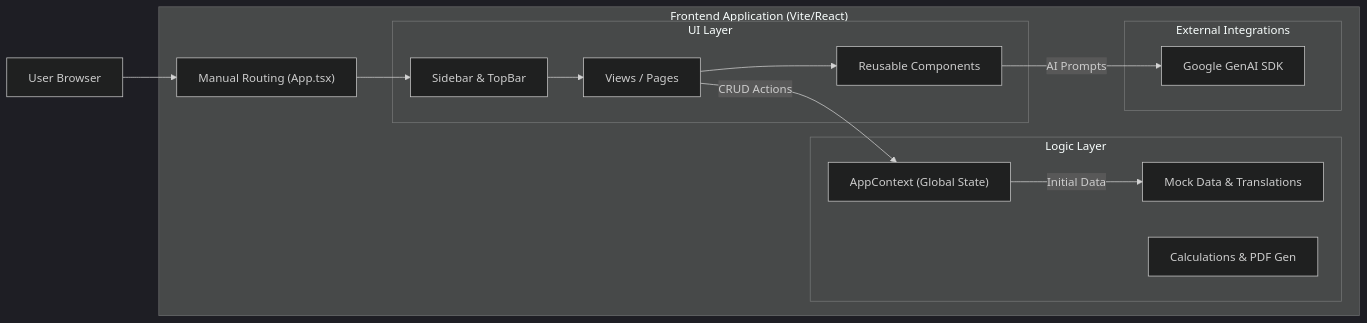
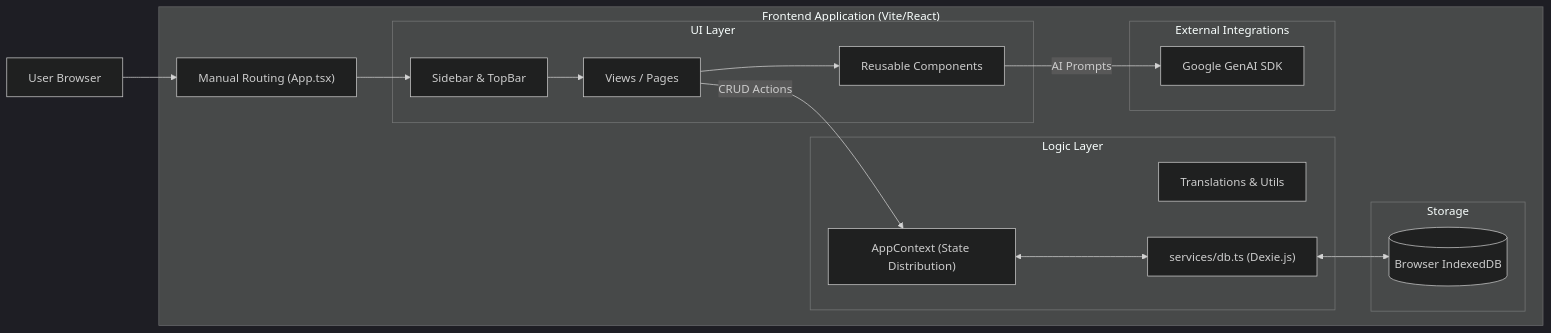
One commit to sallemiahmed/SmartBiz changed the first of 2 diagrams in AI_MEMORY.md. Above: the diagram before and after it, drawn with Mermaid (dark theme). The commit also changed other lines of this file and 3 other files, not shown here.

````diff
--- a/AI_MEMORY.md
+++ b/AI_MEMORY.md
@@ -31,32 +32,37 @@
 ```mermaid
 flowchart LR
     User["User Browser"]
     
     subgraph "Frontend Application (Vite/React)"
         Routing["Manual Routing (App.tsx)"]
         
         subgraph "UI Layer"
             Layout["Sidebar & TopBar"]
             Views["Views / Pages"]
             Components["Reusable Components"]
         end
         
         subgraph "Logic Layer"
-            Context["AppContext (Global State)"]
-            Services["Mock Data & Translations"]
-            Utils["Calculations & PDF Gen"]
+            Context["AppContext (State Distribution)"]
+            Services["Translations & Utils"]
+            DB["services/db.ts (Dexie.js)"]
+        end
+        
+        subgraph "Storage"
+            IndexedDB[(Browser IndexedDB)]
         end
         
         subgraph "External Integrations"
             GenAI["Google GenAI SDK"]
         end
     end
 
     User --> Routing
     Routing --> Layout
     Layout --> Views
     Views --> Components
     Views -- CRUD Actions --> Context
-    Context -- Initial Data --> Services
+    Context <--> DB
+    DB <--> IndexedDB
     Components -- AI Prompts --> GenAI
 ```
````
